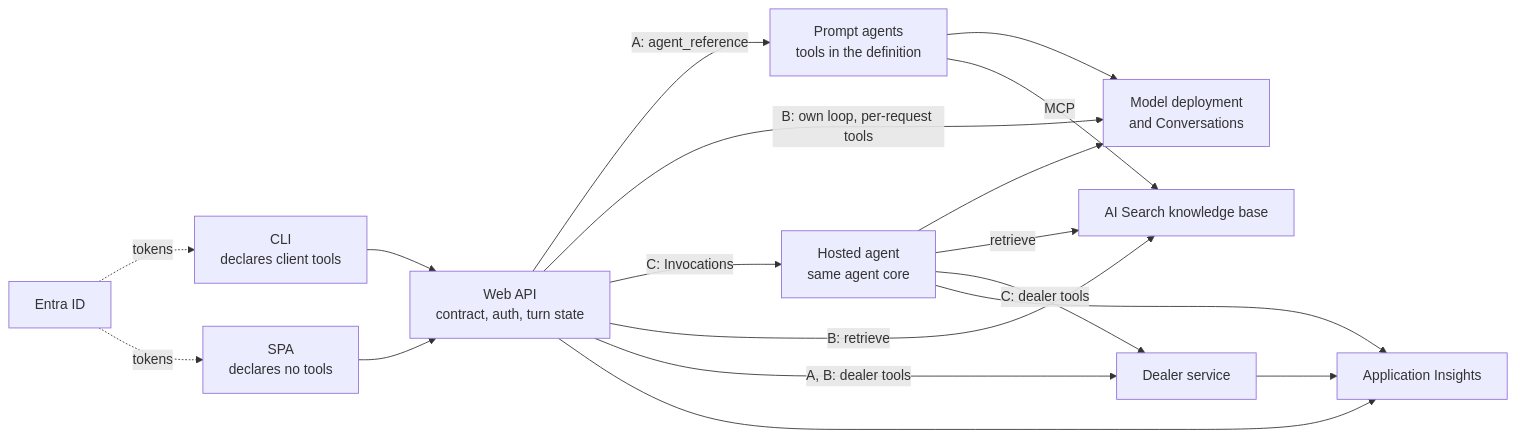
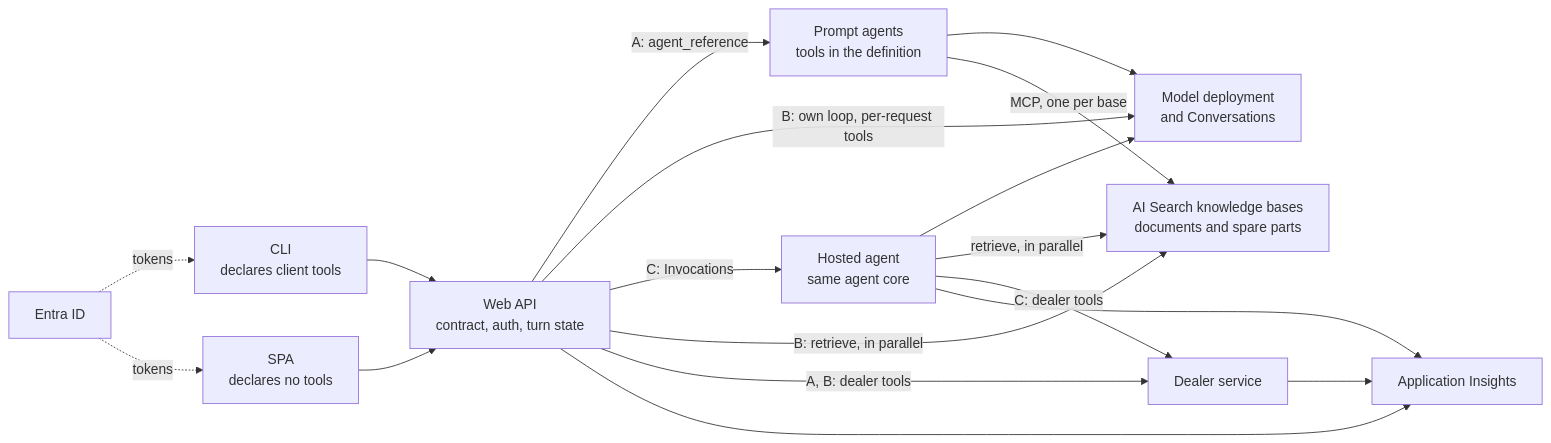
The diagram in README.md (mklab-se/agentic-rag), drawn with Mermaid before and after one commit. The commit also changed other lines of this file and 70 other files, not shown here.

First line of the commit message:
Add a spare parts knowledge base and run searches in parallel

````diff
--- a/README.md
+++ b/README.md
@@ -17,21 +17,21 @@
 ```mermaid
 flowchart LR
     CLI["CLI<br/>declares client tools"] --> API
     SPA["SPA<br/>declares no tools"] --> API
     Entra["Entra ID"] -. tokens .-> CLI
     Entra -. tokens .-> SPA
     API["Web API<br/>contract, auth, turn state"]
     API -->|"A: agent_reference"| Prompt["Prompt agents<br/>tools in the definition"]
     API -->|"B: own loop, per-request tools"| Model["Model deployment<br/>and Conversations"]
     API -->|"C: Invocations"| Hosted["Hosted agent<br/>same agent core"]
     Prompt --> Model
     Hosted --> Model
-    Prompt -->|MCP| KB["AI Search knowledge base"]
-    API -->|"B: retrieve"| KB
-    Hosted -->|retrieve| KB
+    Prompt -->|"MCP, one per base"| KB["AI Search knowledge bases<br/>documents and spare parts"]
+    API -->|"B: retrieve, in parallel"| KB
+    Hosted -->|"retrieve, in parallel"| KB
     API -->|"A, B: dealer tools"| Dealer["Dealer service"]
     Hosted -->|"C: dealer tools"| Dealer
     API --> AI["Application Insights"]
     Dealer --> AI
     Hosted --> AI
 ```
````
